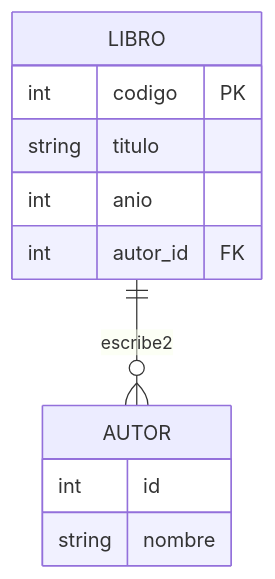
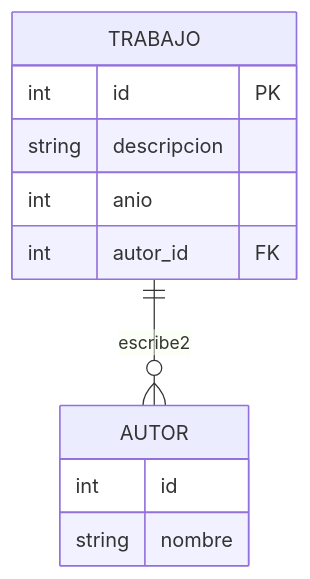
One commit to teorizador1/teorizador1.github.io changed the diagram in README.md. Above: the diagram before and after it, drawn with Mermaid. The commit also changed other lines of this file, not shown here.

````diff
--- a/README.md
+++ b/README.md
@@ -11,17 +2,17 @@
 ```mermaid
 erDiagram
-    LIBRO {        
-       int codigo PK        
-       string titulo       
+    TRABAJO {        
+       int id PK        
+       string descripcion       
        int anio        
        int autor_id FK    
     }
  
     AUTOR{
         int id 
         string nombre
     }
  
-      LIBRO ||--o{AUTOR : escribe2
+      TRABAJO ||--o{AUTOR : escribe2
  
 ```
````
